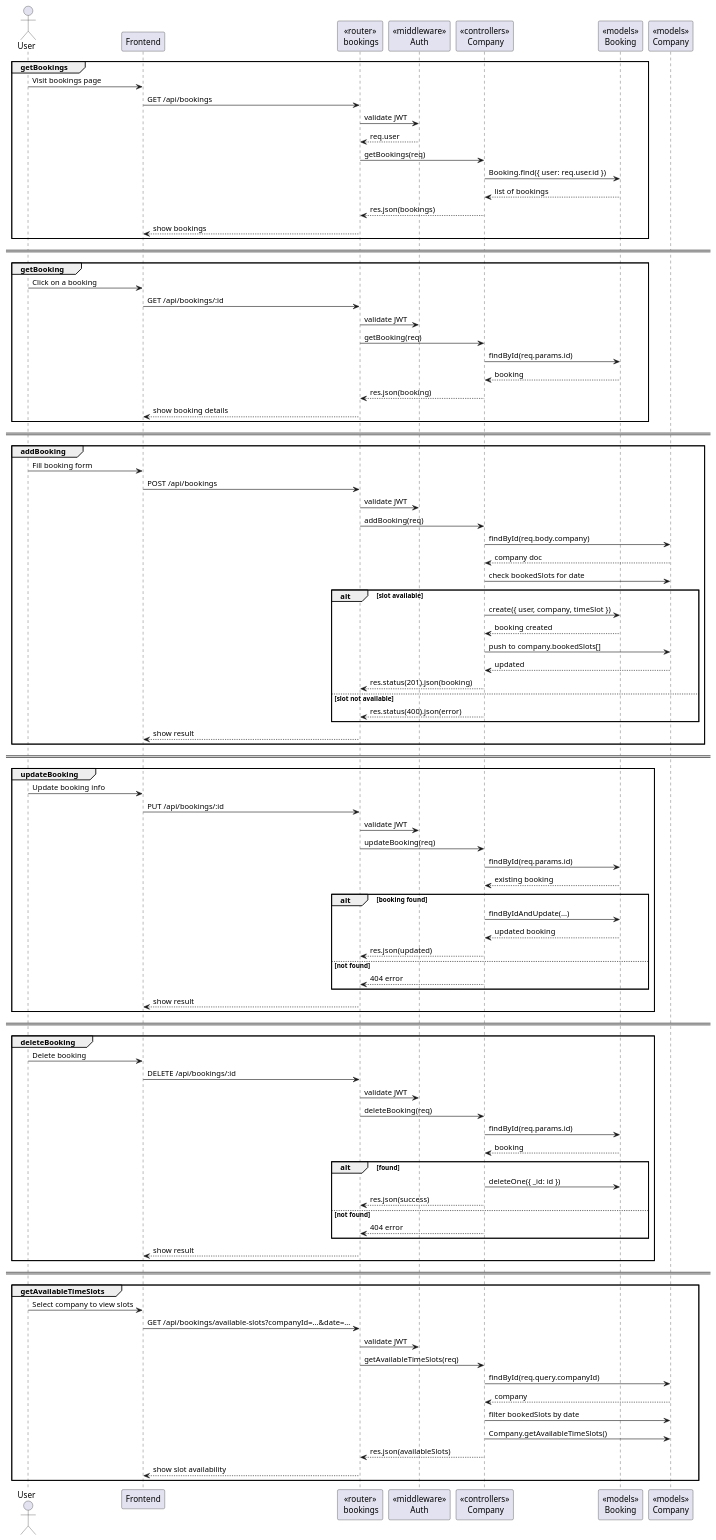
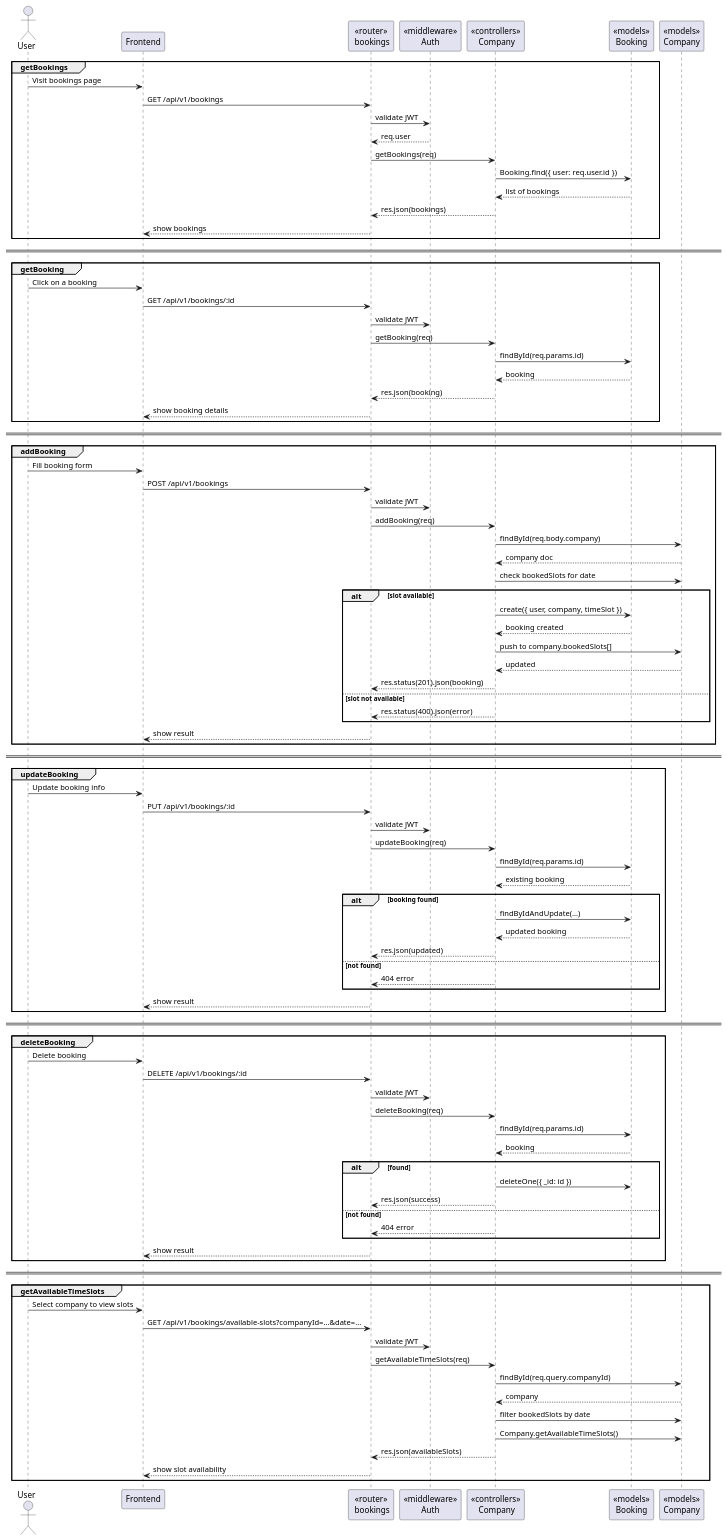
The diagram in utils/plantUML/code/booking.puml (sw-dev-prac-final-project/backend), drawn with PlantUML before and after one commit. The commit also changed 5 other files, not shown here.

Commit message:
fix: route /api/v1 in sequence siagram

```diff
--- a/utils/plantUML/code/booking.puml
+++ b/utils/plantUML/code/booking.puml
@@ -1,115 +1,115 @@
 @startuml booking
 actor User
 participant "Frontend" as FE
 participant "<<router>>\n bookings" as Router
 participant "<<middleware>>\nAuth" as Auth
 participant "<<controllers>>\n Company" as Controller
 participant "<<models>>\nBooking" as Booking
 participant "<<models>>\nCompany" as Company
 
 group getBookings
 User -> FE : Visit bookings page
-FE -> Router : GET /api/bookings
+FE -> Router : GET /api/v1/bookings
 Router -> Auth : validate JWT
 Auth --> Router : req.user
 Router -> Controller : getBookings(req)
 Controller -> Booking : Booking.find({ user: req.user.id })
 Booking --> Controller : list of bookings
 Controller --> Router : res.json(bookings)
 Router --> FE : show bookings
 end
 
 == ==
 
 group getBooking
 User -> FE : Click on a booking
-FE -> Router : GET /api/bookings/:id
+FE -> Router : GET /api/v1/bookings/:id
 Router -> Auth : validate JWT
 Router -> Controller : getBooking(req)
 Controller -> Booking : findById(req.params.id)
 Booking --> Controller : booking
 Controller --> Router : res.json(booking)
 Router --> FE : show booking details
 end
 
 == ==
 
 group addBooking
 User -> FE : Fill booking form
-FE -> Router : POST /api/bookings
+FE -> Router : POST /api/v1/bookings
 Router -> Auth : validate JWT
 Router -> Controller : addBooking(req)
 
 Controller -> Company : findById(req.body.company)
 Company --> Controller : company doc
 
 Controller -> Company : check bookedSlots for date
 alt slot available
   Controller -> Booking : create({ user, company, timeSlot })
   Booking --> Controller : booking created
   Controller -> Company : push to company.bookedSlots[]
   Company --> Controller : updated
   Controller --> Router : res.status(201).json(booking)
 else slot not available
   Controller --> Router : res.status(400).json(error)
 end
 Router --> FE : show result
 end
 
 == ==
 
 group updateBooking
 User -> FE : Update booking info
-FE -> Router : PUT /api/bookings/:id
+FE -> Router : PUT /api/v1/bookings/:id
 Router -> Auth : validate JWT
 Router -> Controller : updateBooking(req)
 
 Controller -> Booking : findById(req.params.id)
 Booking --> Controller : existing booking
 alt booking found
   Controller -> Booking : findByIdAndUpdate(...)
   Booking --> Controller : updated booking
   Controller --> Router : res.json(updated)
 else not found
   Controller --> Router : 404 error
 end
 Router --> FE : show result
 end
 
 == ==
 
 group deleteBooking
 User -> FE : Delete booking
-FE -> Router : DELETE /api/bookings/:id
+FE -> Router : DELETE /api/v1/bookings/:id
 Router -> Auth : validate JWT
 Router -> Controller : deleteBooking(req)
 
 Controller -> Booking : findById(req.params.id)
 Booking --> Controller : booking
 alt found
   Controller -> Booking : deleteOne({ _id: id })
   Controller --> Router : res.json(success)
 else not found
   Controller --> Router : 404 error
 end
 Router --> FE : show result
 end
 
 == ==
 
 group getAvailableTimeSlots
 User -> FE : Select company to view slots
-FE -> Router : GET /api/bookings/available-slots?companyId=...&date=...
+FE -> Router : GET /api/v1/bookings/available-slots?companyId=...&date=...
 Router -> Auth : validate JWT
 Router -> Controller : getAvailableTimeSlots(req)
 
 Controller -> Company : findById(req.query.companyId)
 Company --> Controller : company
 
 Controller -> Company : filter bookedSlots by date
 Controller -> Company : Company.getAvailableTimeSlots()
 Controller --> Router : res.json(availableSlots)
 Router --> FE : show slot availability
 end
 
 @enduml
```
